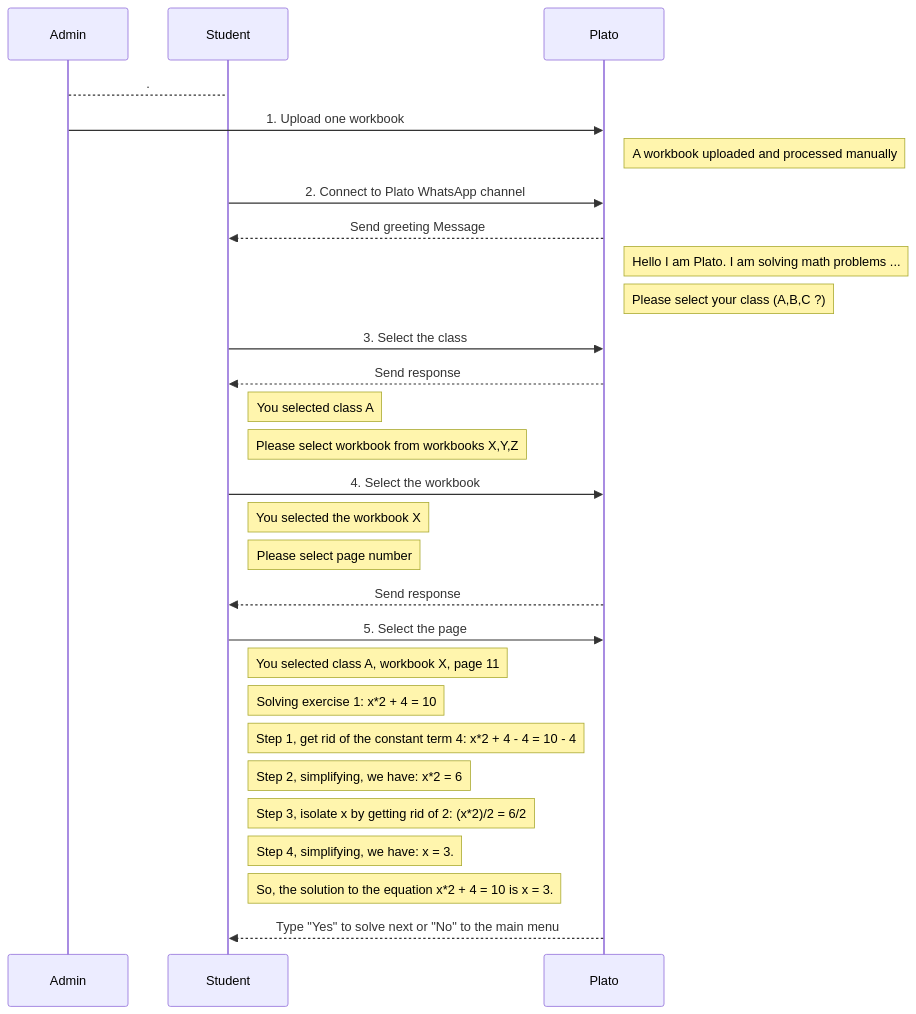
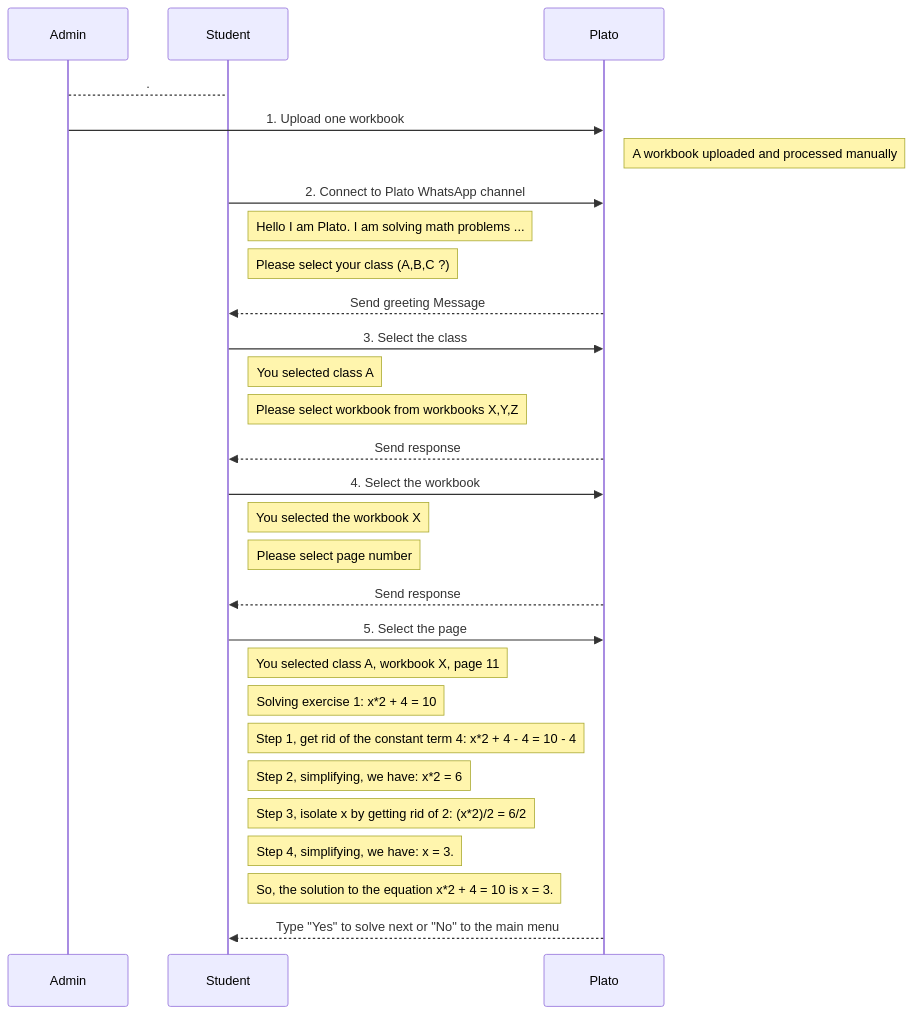
The third of 3 diagrams in docs/design.md (dimastatz/plato), drawn with Mermaid before and after one commit.

````diff
--- a/docs/design.md
+++ b/docs/design.md
@@ -95,32 +95,32 @@
 ```mermaid
 sequenceDiagram
 Admin-->Student: .
 
 Admin->>Plato: 1. Upload one workbook
 Note right of Plato: A workbook uploaded and processed manually
 
 Student->>Plato: 2. Connect to Plato WhatsApp channel
+Note right of Student: Hello I am Plato. I am solving math problems ...
+Note right of Student: Please select your class (A,B,C ?)
 Plato-->>Student: Send greeting Message 
-Note right of Plato: Hello I am Plato. I am solving math problems ...
-Note right of Plato: Please select your class (A,B,C ?)
 
 Student->>Plato: 3. Select the class
-Plato-->>Student: Send response 
 Note right of Student: You selected class A
 Note right of Student: Please select workbook from workbooks X,Y,Z
+Plato-->>Student: Send response 
 
 Student->>Plato: 4. Select the workbook
 Note right of Student: You selected the workbook X
 Note right of Student: Please select page number
 Plato-->>Student: Send response 
 
 Student->>Plato: 5. Select the page
 Note right of Student: You selected class A, workbook X, page 11
 Note right of Student: Solving exercise 1: x*2 + 4 = 10
 Note right of Student: Step 1, get rid of the constant term 4: x*2 + 4 - 4 = 10 - 4
 Note right of Student: Step 2, simplifying, we have: x*2 = 6
 Note right of Student: Step 3, isolate x by getting rid of 2: (x*2)/2 = 6/2
 Note right of Student: Step 4, simplifying, we have: x = 3.
 Note right of Student: So, the solution to the equation x*2 + 4 = 10 is x = 3.
 Plato-->>Student: Type "Yes" to solve next or "No" to the main menu 
 ```
````
